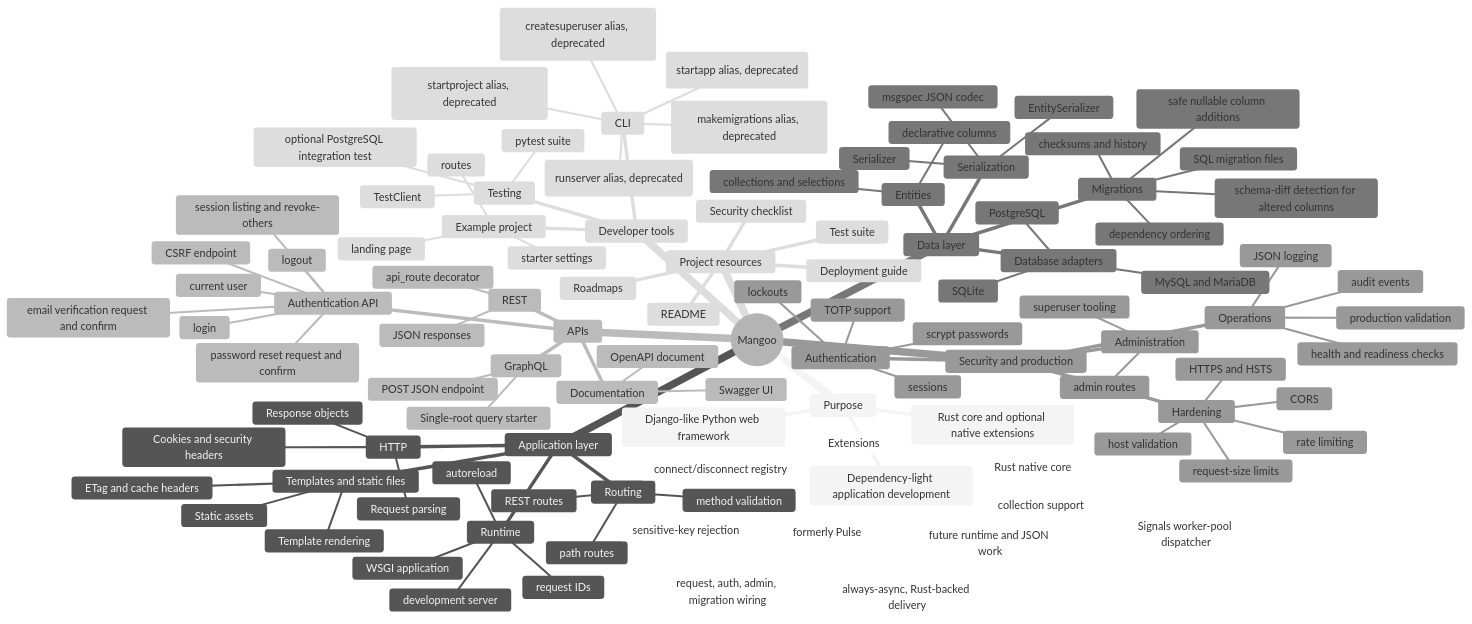
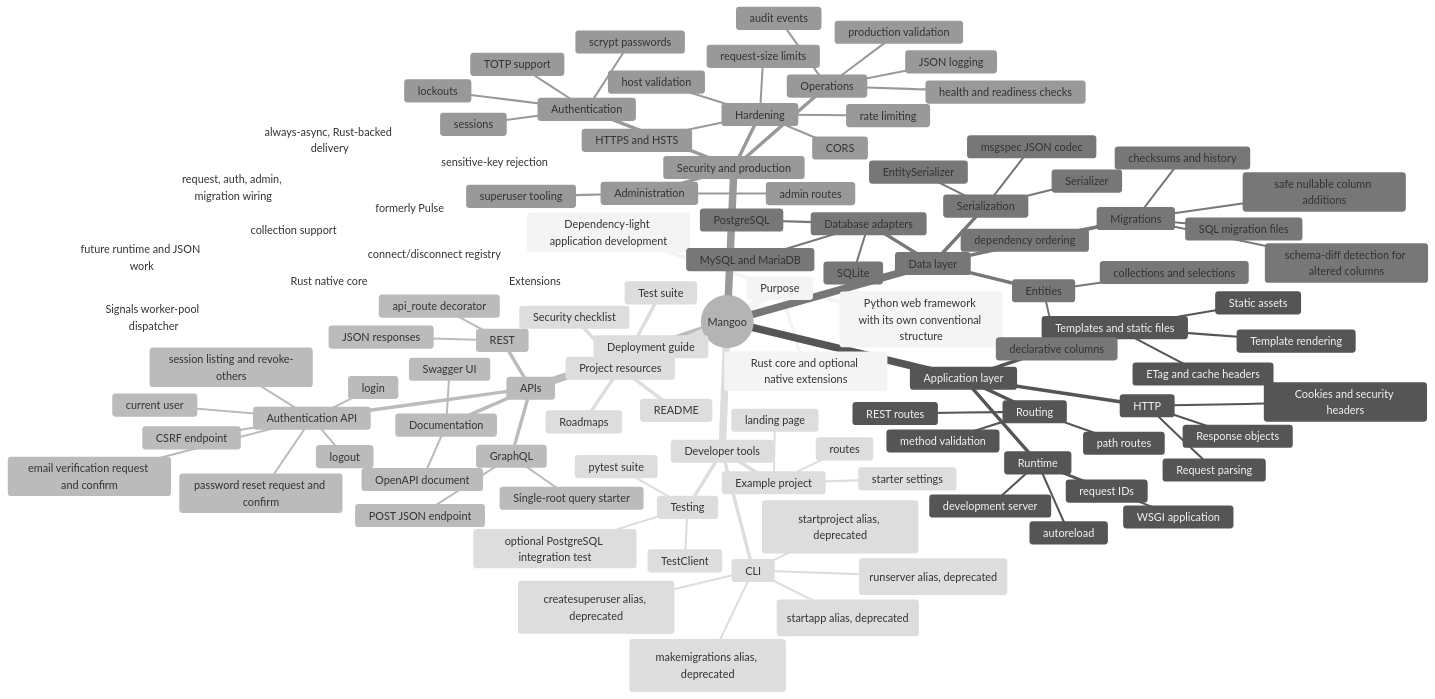
Before and after one commit to P-Sudhakar-tech/HayaVega: the diagram in PROJECT_MINDMAP.md, drawn with Mermaid (neutral theme). The commit also changed 80 other files, not shown here.

```diff
--- a/PROJECT_MINDMAP.md
+++ b/PROJECT_MINDMAP.md
@@ -4,7 +4,7 @@
 mindmap
   root((Mangoo))
     Purpose
-      Django-like Python web framework
+      Python web framework with its own conventional structure
       Rust core and optional native extensions
       Dependency-light application development
     Application layer
```
